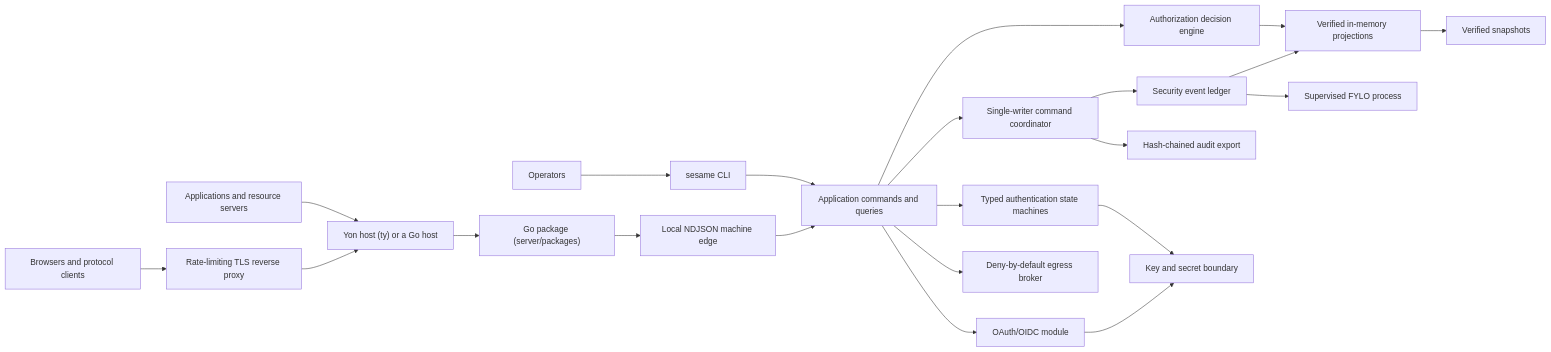
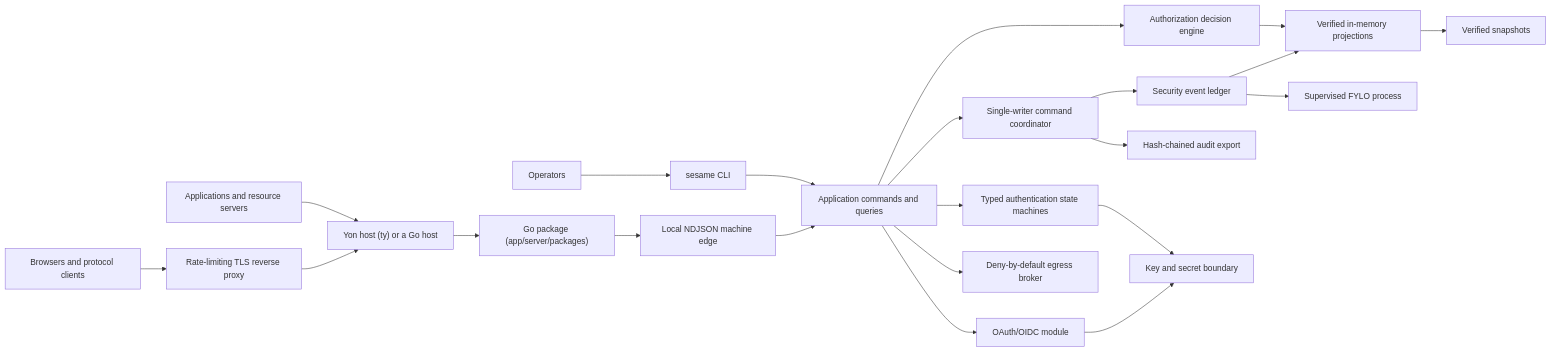
The diagram in docs/PROJECT_PLAN.md (d31ma/SESAME), drawn with Mermaid before and after one commit. The commit also changed other lines of this file and 20 other files, not shown here.

````diff
--- a/docs/PROJECT_PLAN.md
+++ b/docs/PROJECT_PLAN.md
@@ -259,24 +259,24 @@
 ```mermaid
 flowchart LR
     O["Operators"] --> CLI["sesame CLI"]
     A["Applications and resource servers"] --> H["Yon host (ty) or a Go host"]
     B["Browsers and protocol clients"] --> P["Rate-limiting TLS reverse proxy"]
     P --> H
-    H --> GO["Go package (server/packages)"]
+    H --> GO["Go package (app/server/packages)"]
     GO --> M["Local NDJSON machine edge"]
     CLI --> APP["Application commands and queries"]
     M --> APP
     APP --> AUTHN["Typed authentication state machines"]
     APP --> OIDC["OAuth/OIDC module"]
     APP --> AUTHZ["Authorization decision engine"]
     APP --> Q["Single-writer command coordinator"]
     AUTHZ --> R["Verified in-memory projections"]
     Q --> L["Security event ledger"]
     L --> F["Supervised FYLO process"]
     L --> R
     R --> S["Verified snapshots"]
     Q --> AUDIT["Hash-chained audit export"]
     AUTHN --> K["Key and secret boundary"]
     OIDC --> K
     APP --> E["Deny-by-default egress broker"]
 ```
````
